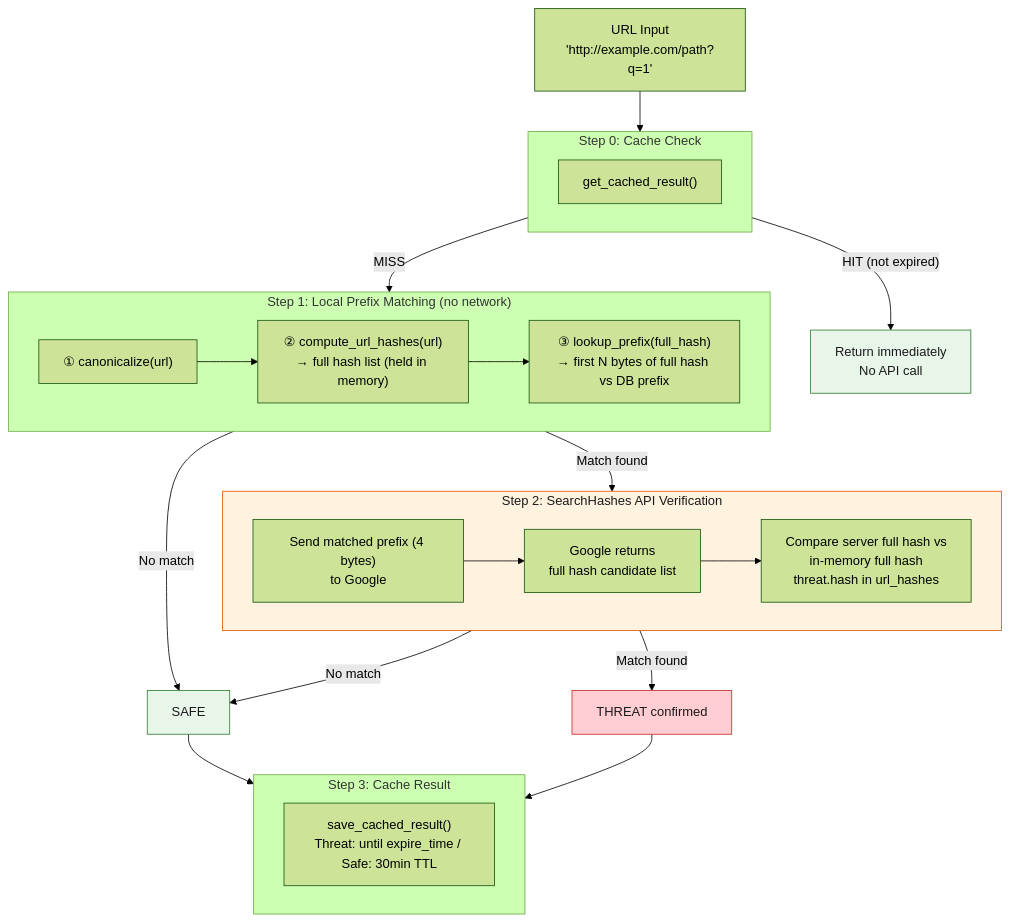
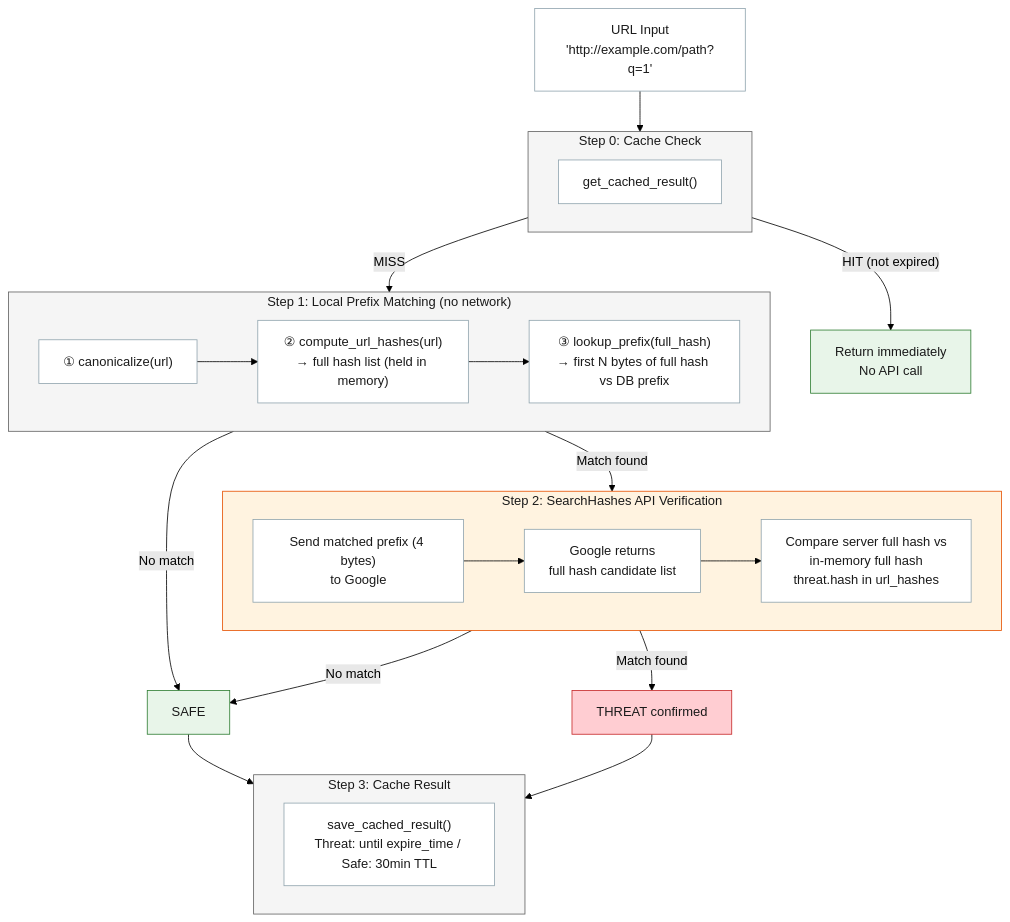
Before and after one commit to kataroya/web-risk-cli: the third of 9 diagrams in WORKFLOW_GUIDE.md, drawn with Mermaid (forest theme). The commit also changed other lines of this file, not shown here.

Commit message:
style: Enhance flowchart styles for improved visual clarity in Workflow Guide

````diff
--- a/WORKFLOW_GUIDE.md
+++ b/WORKFLOW_GUIDE.md
@@ -252,39 +274,51 @@
 ```mermaid
 flowchart TD
     URL["URL Input<br/>'http://example.com/path?q=1'"] --> S0
 
     subgraph S0["Step 0: Cache Check"]
         S0A["get_cached_result()"]
     end
 
     S0 -->|"HIT (not expired)"| RETURN_CACHE["Return immediately<br/>No API call"]
     S0 -->|"MISS"| S1
 
     subgraph S1["Step 1: Local Prefix Matching (no network)"]
         S1A["① canonicalize(url)"] --> S1B["② compute_url_hashes(url)<br/>→ full hash list (held in memory)"]
         S1B --> S1C["③ lookup_prefix(full_hash)<br/>→ first N bytes of full hash vs DB prefix"]
     end
 
     S1 -->|"No match"| SAFE["SAFE"]
     S1 -->|"Match found"| S2
 
     subgraph S2["Step 2: SearchHashes API Verification"]
         S2A["Send matched prefix (4 bytes)<br/>to Google"] --> S2B["Google returns<br/>full hash candidate list"]
         S2B --> S2C["Compare server full hash vs<br/>in-memory full hash<br/>threat.hash in url_hashes"]
     end
 
     S2 -->|"No match"| SAFE
     S2 -->|"Match found"| THREAT["THREAT confirmed"]
 
     SAFE --> S3
     THREAT --> S3
 
     subgraph S3["Step 3: Cache Result"]
         S3A["save_cached_result()<br/>Threat: until expire_time / Safe: 30min TTL"]
     end
 
+    style URL fill:#ffffff,stroke:#90a4ae,color:#1a1a1a
+    style S0 fill:#f5f5f5,stroke:#616161,color:#1a1a1a
+    style S0A fill:#ffffff,stroke:#90a4ae,color:#1a1a1a
     style RETURN_CACHE fill:#e8f5e9,stroke:#2e7d32,color:#1a1a1a
+    style S1 fill:#f5f5f5,stroke:#616161,color:#1a1a1a
+    style S1A fill:#ffffff,stroke:#90a4ae,color:#1a1a1a
+    style S1B fill:#ffffff,stroke:#90a4ae,color:#1a1a1a
+    style S1C fill:#ffffff,stroke:#90a4ae,color:#1a1a1a
     style SAFE fill:#e8f5e9,stroke:#2e7d32,color:#1a1a1a
+    style S2 fill:#fff3e0,stroke:#e65100,color:#1a1a1a
+    style S2A fill:#ffffff,stroke:#90a4ae,color:#1a1a1a
+    style S2B fill:#ffffff,stroke:#90a4ae,color:#1a1a1a
+    style S2C fill:#ffffff,stroke:#90a4ae,color:#1a1a1a
     style THREAT fill:#ffcdd2,stroke:#c62828,color:#1a1a1a
-    style S2 fill:#fff3e0,stroke:#e65100,color:#1a1a1a
+    style S3 fill:#f5f5f5,stroke:#616161,color:#1a1a1a
+    style S3A fill:#ffffff,stroke:#90a4ae,color:#1a1a1a
 ```
````
